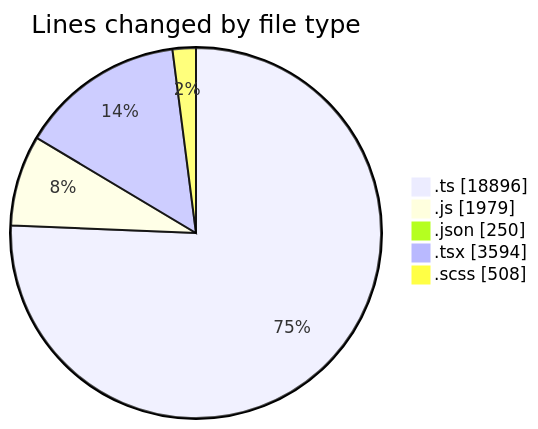
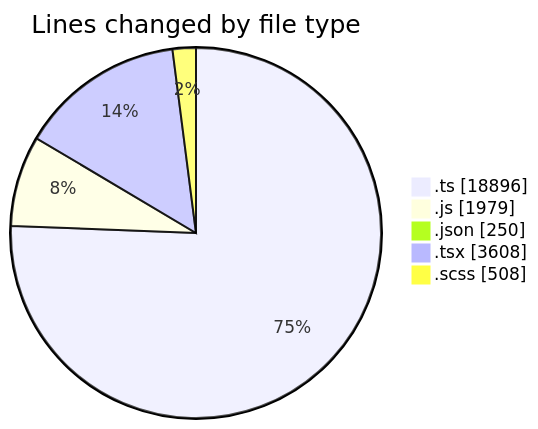
Before and after one commit to momahboobian/code-tracking: the first of 2 diagrams in 2026-06-18/cda/README.md, drawn with Mermaid. The commit also changed other lines of this file and 1 other file, not shown here.

````diff
--- a/2026-06-18/cda/README.md
+++ b/2026-06-18/cda/README.md
@@ -69,9 +69,9 @@
 ```mermaid
 pie showData
 title Lines changed by file type
 ".ts" : 18896
 ".js" : 1979
 ".json" : 250
-".tsx" : 3594
+".tsx" : 3608
 ".scss" : 508
 ```
````
